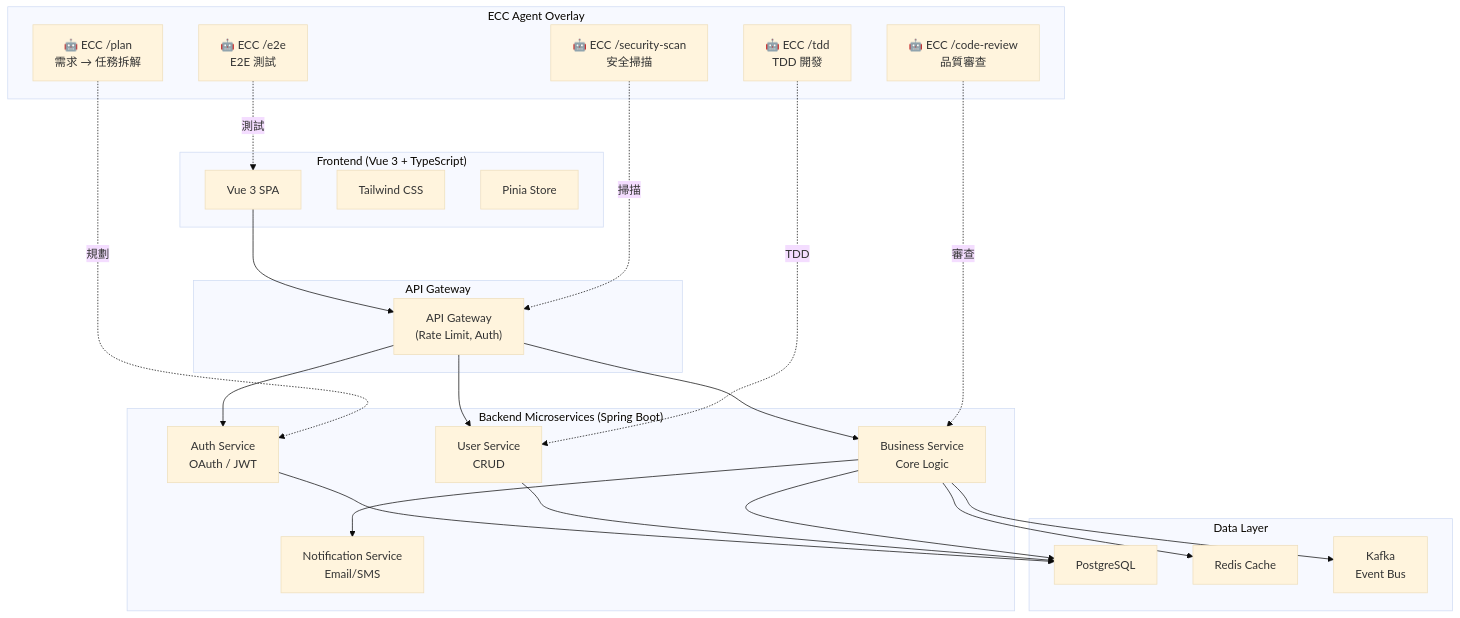
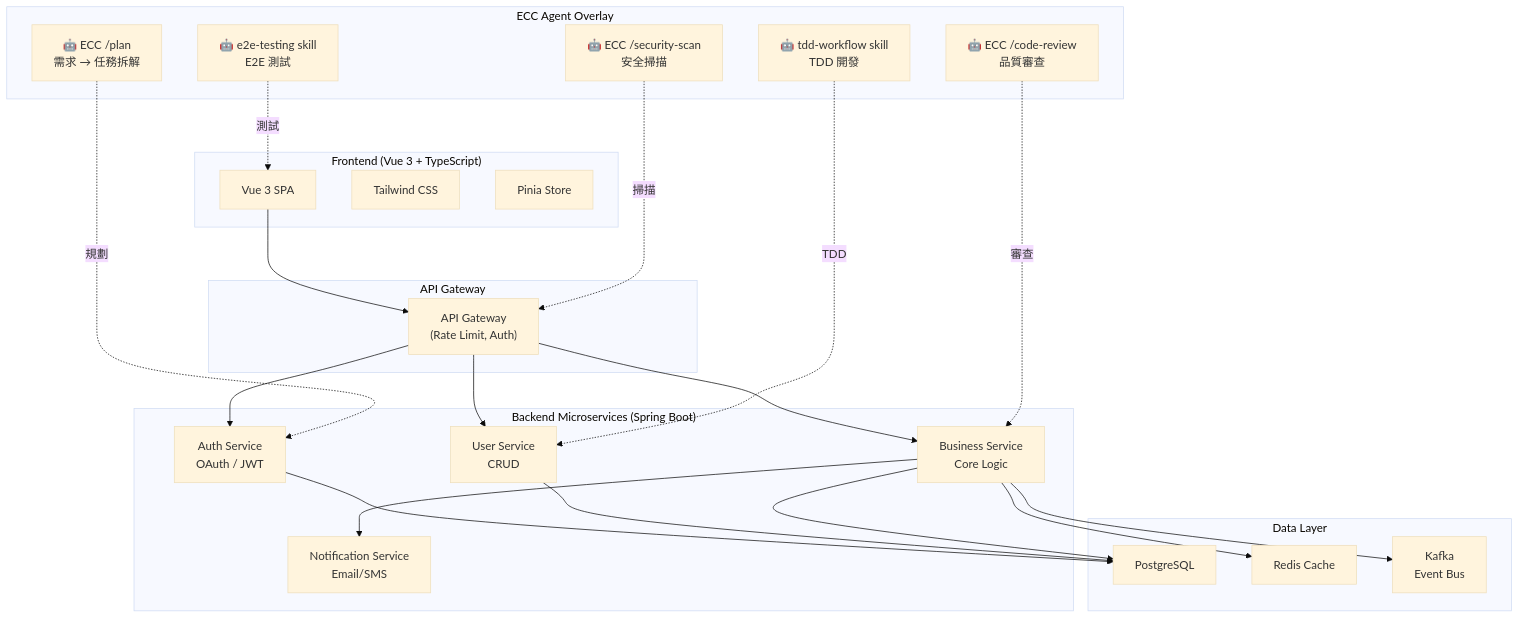
The ninth of 26 diagrams in content/posts/教學/AI開發/Everything Claude Code 教學手冊.md (chihhung/Blog), drawn with Mermaid (base theme) before and after one commit. The commit also changed other lines of this file and 6 other files, not shown here.

Commit message:
docs: content update and add archify and diagram-design 教學手冊

````diff
--- a/content/posts/教學/AI開發/Everything Claude Code 教學手冊.md
+++ b/content/posts/教學/AI開發/Everything Claude Code 教學手冊.md
@@ -1508,50 +1854,50 @@
 ```mermaid
 graph TB
     subgraph "Frontend (Vue 3 + TypeScript)"
         Vue["Vue 3 SPA"]
         Tailwind["Tailwind CSS"]
         Pinia["Pinia Store"]
     end
     
     subgraph "API Gateway"
         GW["API Gateway<br/>(Rate Limit, Auth)"]
     end
     
     subgraph "Backend Microservices (Spring Boot)"
         AuthSvc["Auth Service<br/>OAuth / JWT"]
         UserSvc["User Service<br/>CRUD"]
         BizSvc["Business Service<br/>Core Logic"]
         NotifySvc["Notification Service<br/>Email/SMS"]
     end
     
     subgraph "Data Layer"
         PG["PostgreSQL"]
         Redis["Redis Cache"]
         Kafka["Kafka<br/>Event Bus"]
     end
     
     subgraph "ECC Agent Overlay"
         ECC_Plan["🤖 ECC /plan<br/>需求 → 任務拆解"]
-        ECC_TDD["🤖 ECC /tdd<br/>TDD 開發"]
+        ECC_TDD["🤖 tdd-workflow skill<br/>TDD 開發"]
         ECC_Review["🤖 ECC /code-review<br/>品質審查"]
         ECC_Security["🤖 ECC /security-scan<br/>安全掃描"]
-        ECC_E2E["🤖 ECC /e2e<br/>E2E 測試"]
+        ECC_E2E["🤖 e2e-testing skill<br/>E2E 測試"]
     end
     
     Vue --> GW
     GW --> AuthSvc
     GW --> UserSvc
     GW --> BizSvc
     BizSvc --> NotifySvc
     AuthSvc --> PG
     UserSvc --> PG
     BizSvc --> PG
     BizSvc --> Redis
     BizSvc --> Kafka
     
     ECC_Plan -.->|"規劃"| AuthSvc
     ECC_TDD -.->|"TDD"| UserSvc
     ECC_Review -.->|"審查"| BizSvc
     ECC_Security -.->|"掃描"| GW
     ECC_E2E -.->|"測試"| Vue
 ```
````
